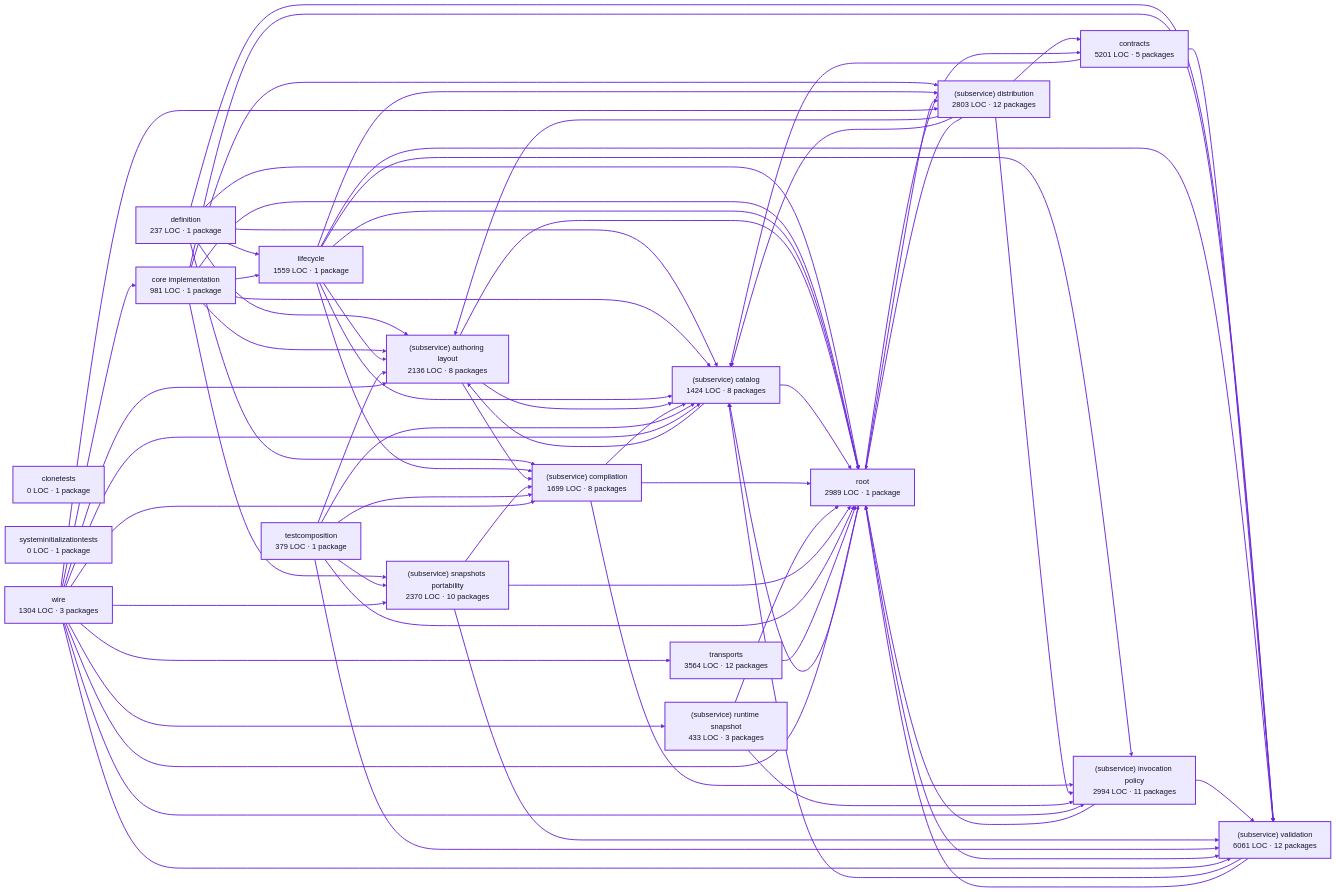
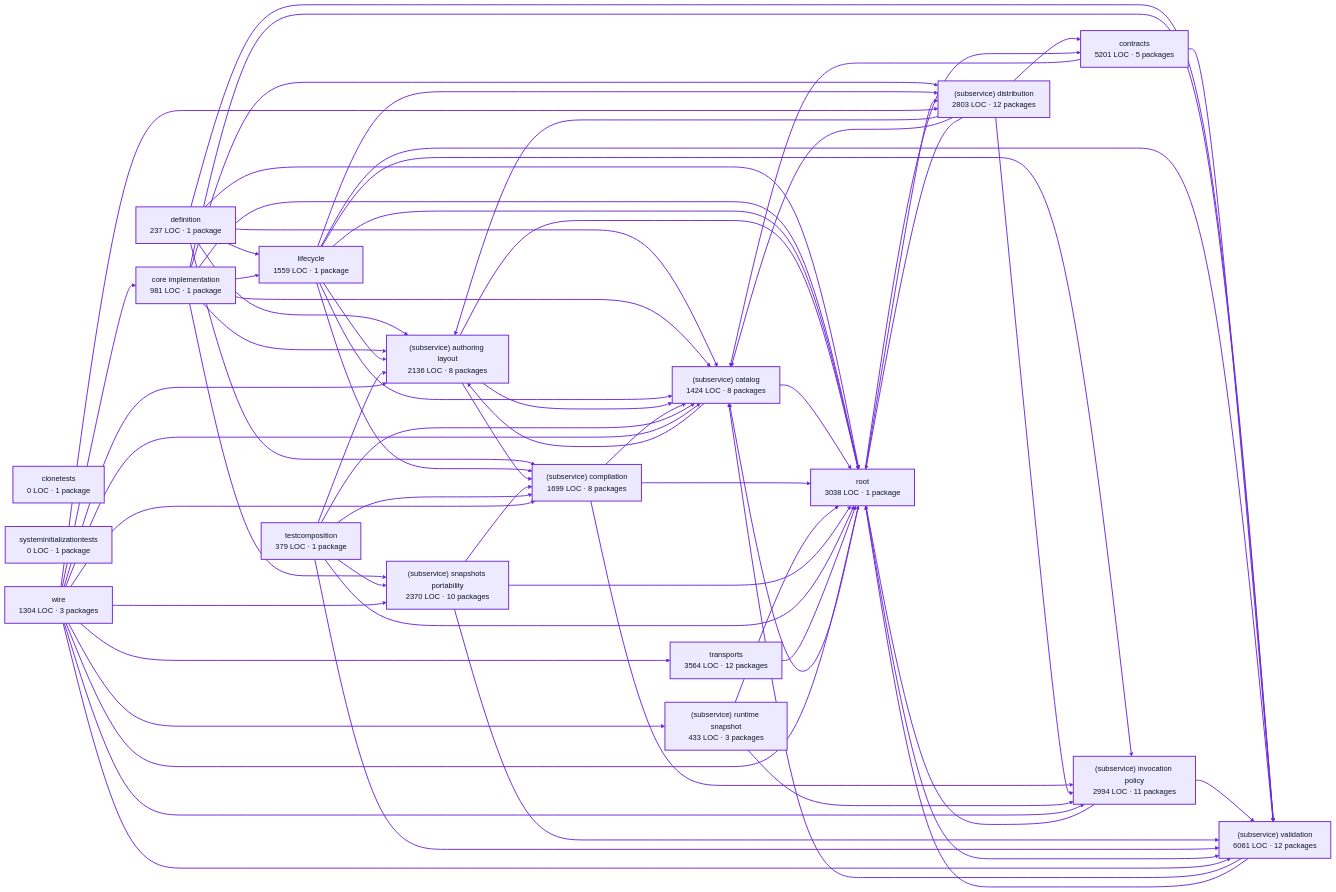
The diagram in docs/architecture/visualizations/services/factory_definitions.md (portpowered/you-agent-factory), drawn with Mermaid before and after one commit. The commit also changed other lines of this file and 20 other files, not shown here.

Commit message:
docs: refresh backend architecture visualizations

```diff
--- a/docs/architecture/visualizations/services/factory_definitions.md
+++ b/docs/architecture/visualizations/services/factory_definitions.md
@@ -24,7 +24,7 @@
   p11["(subservice) snapshots portability<br/>2370 LOC · 10 packages"]
   p12["(subservice) validation<br/>6061 LOC · 12 packages"]
   p13["testcomposition<br/>379 LOC · 1 package"]
-  p14["root<br/>2989 LOC · 1 package"]
+  p14["root<br/>3038 LOC · 1 package"]
   p15["systeminitializationtests<br/>0 LOC · 1 package"]
   p16["transports<br/>3564 LOC · 12 packages"]
   p17["wire<br/>1304 LOC · 3 packages"]
```
